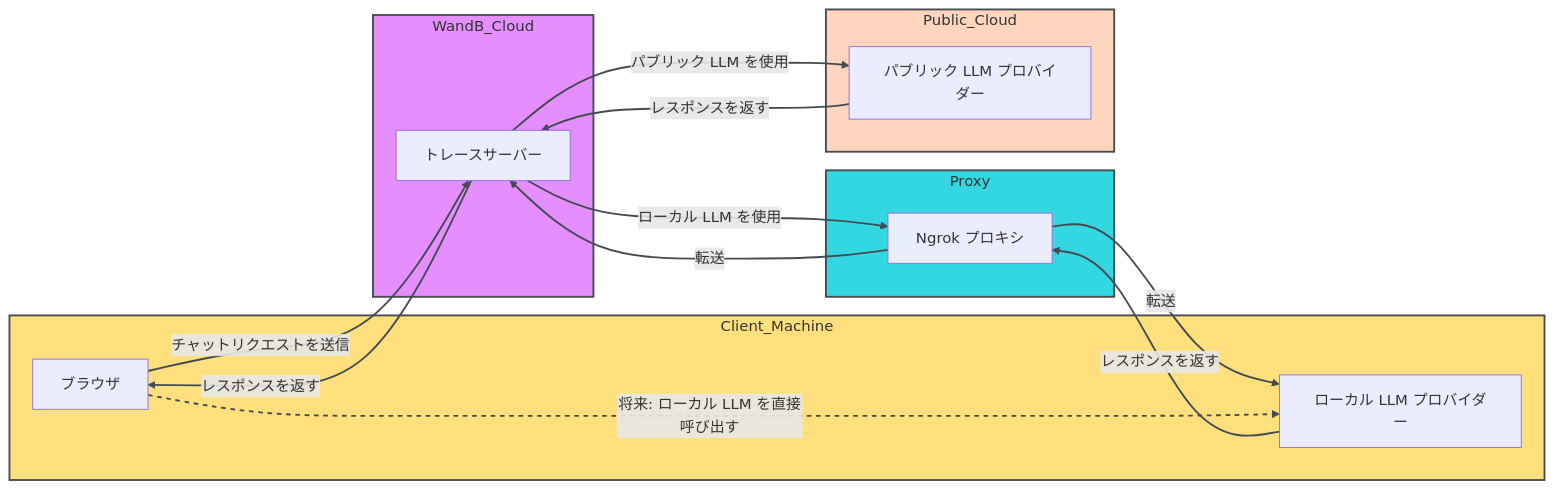
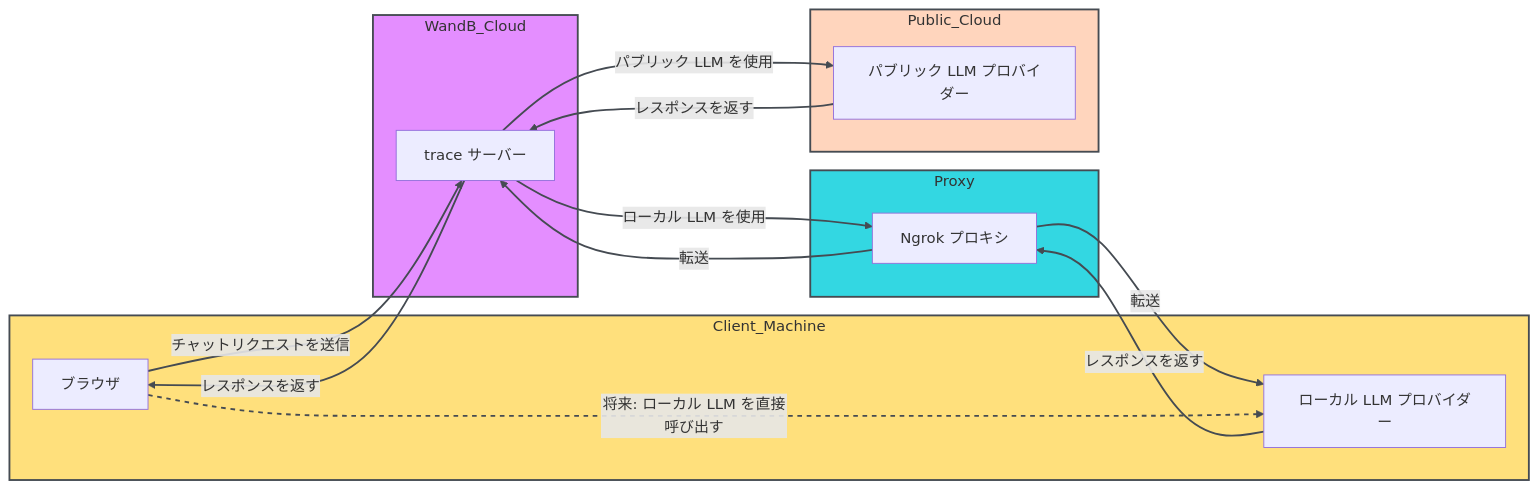
Before and after one commit to wandb/docs: the diagram in ja/weave/guides/tools/playground.mdx, drawn with Mermaid. The commit also changed other lines of this file and 2852 other files, not shown here.

````diff
--- a/ja/weave/guides/tools/playground.mdx
+++ b/ja/weave/guides/tools/playground.mdx
@@ -277,49 +278,49 @@
 ```mermaid
 flowchart LR
     %% スタイル定義
     classDef clientMachine fill:#FFD95CCC,stroke:#454B52,stroke-width:2px
     classDef proxy fill:#00CDDBCC,stroke:#454B52,stroke-width:2px
     classDef wandbCloud fill:#DE72FFCC,stroke:#454B52,stroke-width:2px
     classDef publicCloud fill:#FFCBADCC,stroke:#454B52,stroke-width:2px
 
     %% サブグラフ
     subgraph Client_Machine
         browser[ブラウザ]
         llm_local[ローカル LLM プロバイダー]
     end
 
     subgraph Proxy
         ngrok[Ngrok プロキシ]
     end
 
     subgraph WandB_Cloud
-        trace_server[トレースサーバー]
+        trace_server[trace サーバー]
     end
 
     subgraph Public_Cloud
         llm_cloud[パブリック LLM プロバイダー]
     end
 
     %% サブグラフにスタイルを適用
     class Client_Machine clientMachine
     class Proxy proxy
     class WandB_Cloud wandbCloud
     class Public_Cloud publicCloud
 
     %% 現在のデータフロー
     browser -->|チャットリクエストを送信| trace_server
     trace_server -->|パブリック LLM を使用| llm_cloud
     trace_server -->|ローカル LLM を使用| ngrok
     ngrok -->|転送| llm_local
     llm_cloud -->|レスポンスを返す| trace_server
     llm_local -->|レスポンスを返す| ngrok
     ngrok -->|転送| trace_server
     trace_server -->|レスポンスを返す| browser
 
-    %% 将来的な接続の可能性
+    %% 将来的に可能な接続
     browser -.->|将来: ローカル LLM を直接呼び出す| llm_local
 
     %% リンクスタイル
     linkStyle default stroke:#454B52,stroke-width:2px
     linkStyle 8 stroke:#454B52,stroke-width:2px,stroke-dasharray:5
 ```
````
